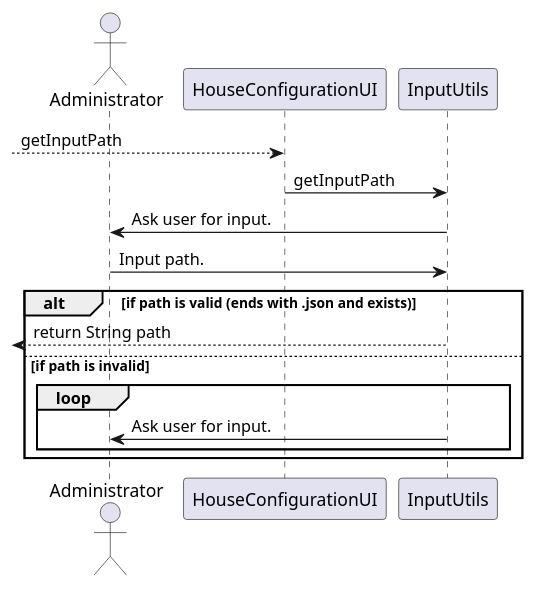
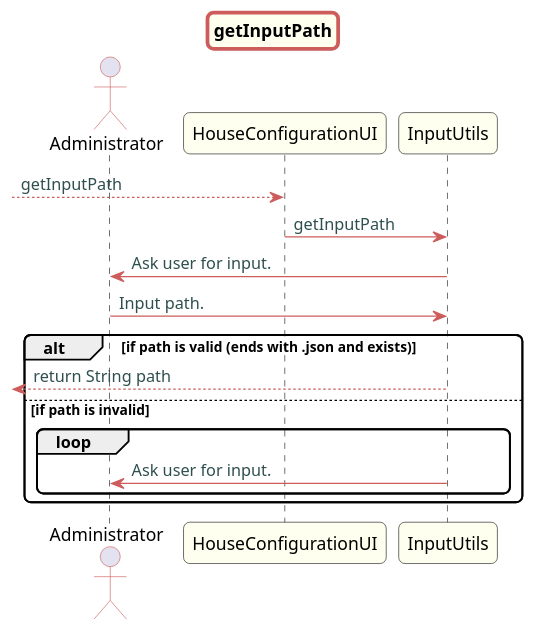
The diagram in src/doc/Controllers/HouseConfiguration/US15/getInputPath.puml (Almadanmp/project), drawn with PlantUML before and after one commit. The commit also changed 12 other files, not shown here.

First line of the commit message:
ref #169 UML format update + readinglist and sensor tests added

```diff
--- a/src/doc/Controllers/HouseConfiguration/US15/getInputPath.puml
+++ b/src/doc/Controllers/HouseConfiguration/US15/getInputPath.puml
@@ -1,15 +1,42 @@
 @startuml
+
+title getInputPath
+
+skinparam titleBorderRoundCorner 10
+skinparam titleBorderThickness 3
+skinparam titleBorderColor indianred
+skinparam titleBackgroundColor ivory
+skinparam FontName quicksand
+
+skinparam actor {
+  BorderColor indianred
+  }
+
+skinparam sequence {
+  LifeLineBackgroundColor indianred
+  ParticipantBackgroundColor ivory
+}
+
+skinparam roundcorner 10
+
+skinparam component {
+  arrowThickness 1
+  ArrowFontName Verdana
+  ArrowColor indianred
+  ArrowFontColor darkslategrey
+}
+
 actor Administrator
 
 --> HouseConfigurationUI: getInputPath
 HouseConfigurationUI -> InputUtils: getInputPath
 InputUtils -> Administrator: Ask user for input.
 Administrator -> InputUtils: Input path.
 alt if path is valid (ends with .json and exists)
 <-- InputUtils: return String path
 else if path is invalid
 loop
 InputUtils -> Administrator: Ask user for input.
 end loop
 end
 @enduml
```
